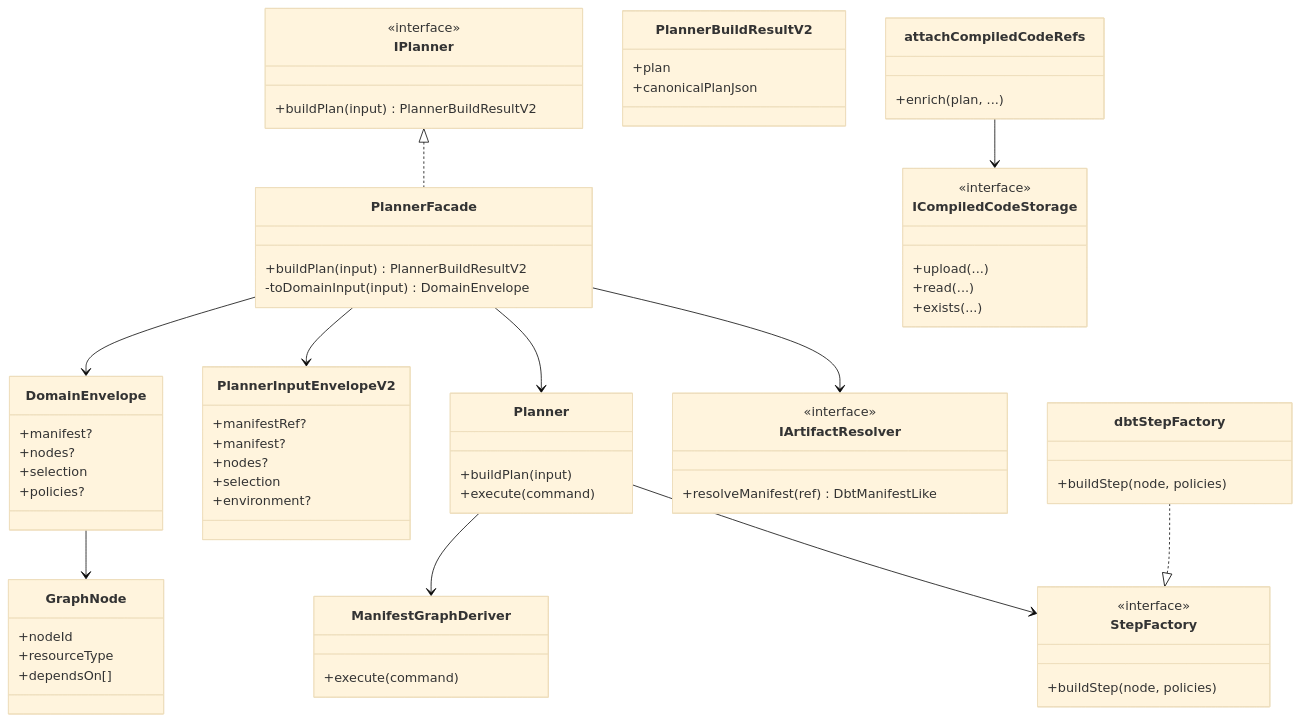
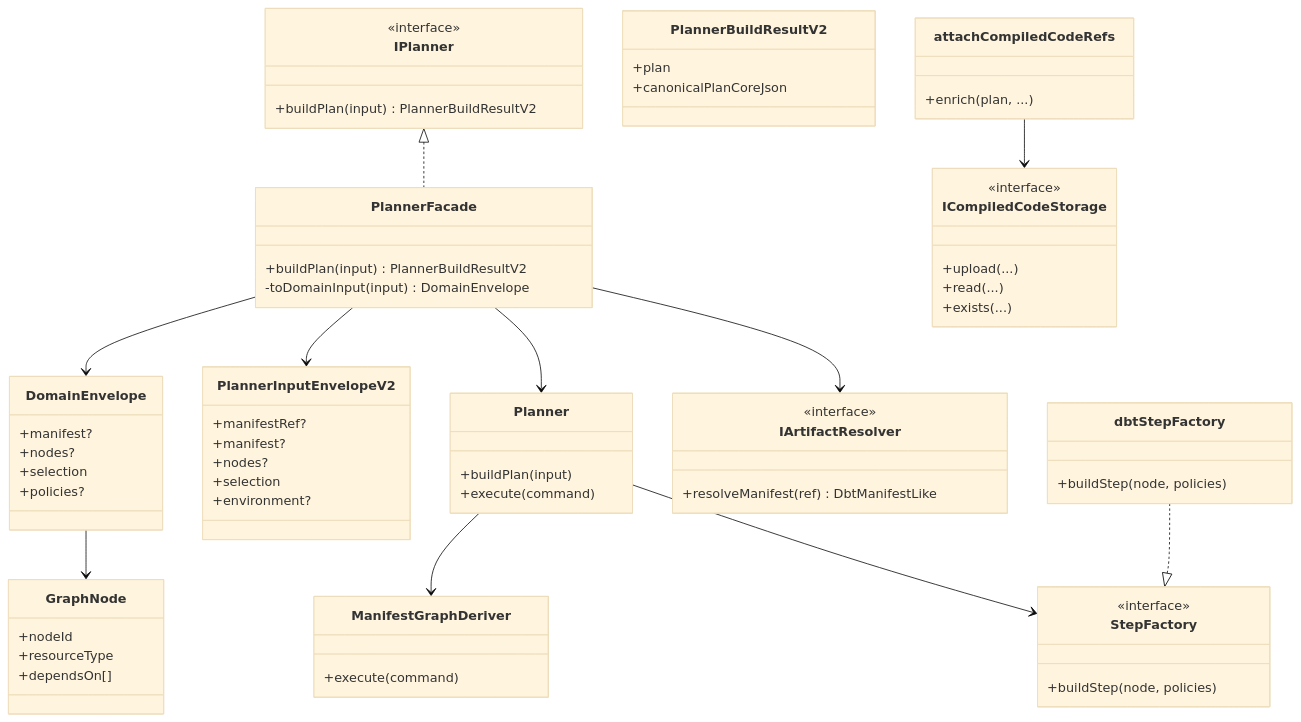
Before and after one commit to dunay2/dvt: the fourth of 4 diagrams in packages/@dvt/planner/docs/planning/proposal/planner-corrected-baseline-facade-branch.md, drawn with Mermaid (base theme). The commit also changed 31 other files, not shown here.

Commit message:
refactor(contracts): Separate plan-core JSON from persisted plan JSON

```diff
--- a/packages/@dvt/planner/docs/planning/proposal/planner-corrected-baseline-facade-branch.md
+++ b/packages/@dvt/planner/docs/planning/proposal/planner-corrected-baseline-facade-branch.md
@@ -591,7 +591,7 @@
 
     class PlannerBuildResultV2 {
       +plan
-      +canonicalPlanJson
+      +canonicalPlanCoreJson
     }
 
     class StepFactory {
```
